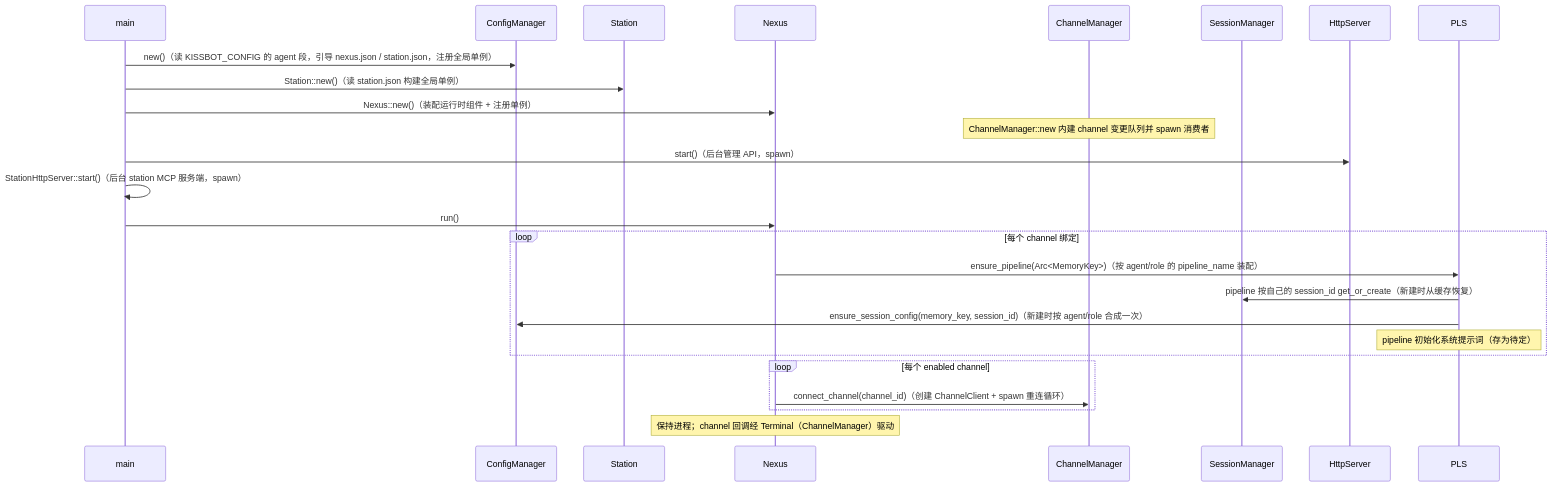
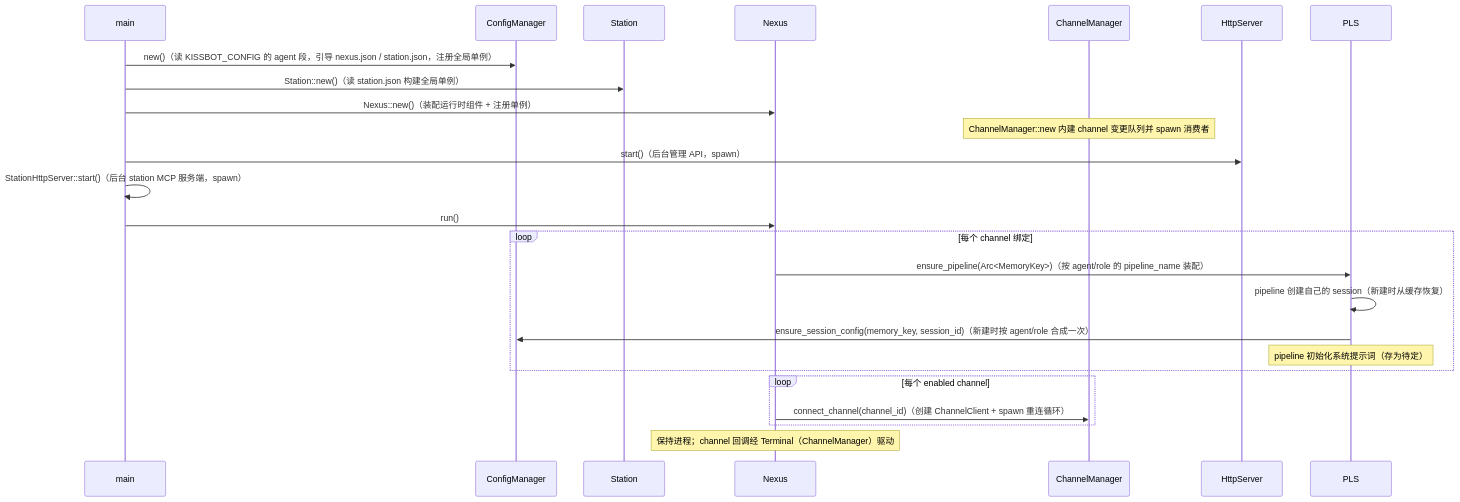
Before and after one commit to coldcloude/kissbot: the second of 5 diagrams in docs/spec/agent-modules.md, drawn with Mermaid. The commit also changed other lines of this file and 12 other files, not shown here.

````diff
--- a/docs/spec/agent-modules.md
+++ b/docs/spec/agent-modules.md
@@ -111,28 +108,27 @@
 ```mermaid
 sequenceDiagram
     participant main
     participant CFG as ConfigManager
     participant ST as Station
     participant CO as Nexus
     participant CHM as ChannelManager
-    participant SM as SessionManager
     participant HS as HttpServer
 
     main->>CFG: new()（读 KISSBOT_CONFIG 的 agent 段，引导 nexus.json / station.json，注册全局单例）
     main->>ST: Station::new()（读 station.json 构建全局单例）
     main->>CO: Nexus::new()（装配运行时组件 + 注册单例）
     Note over CHM: ChannelManager::new 内建 channel 变更队列并 spawn 消费者
     main->>HS: start()（后台管理 API，spawn）
     main->>main: StationHttpServer::start()（后台 station MCP 服务端，spawn）
     main->>CO: run()
     loop 每个 channel 绑定
         CO->>PLS: ensure_pipeline(Arc<MemoryKey>)（按 agent/role 的 pipeline_name 装配）
-        PLS->>SM: pipeline 按自己的 session_id get_or_create（新建时从缓存恢复）
+        PLS->>PLS: pipeline 创建自己的 session（新建时从缓存恢复）
         PLS->>CFG: ensure_session_config(memory_key, session_id)（新建时按 agent/role 合成一次）
         Note over PLS: pipeline 初始化系统提示词（存为待定）
     end
     loop 每个 enabled channel
         CO->>CHM: connect_channel(channel_id)（创建 ChannelClient + spawn 重连循环）
     end
     Note over CO: 保持进程；channel 回调经 Terminal（ChannelManager）驱动
 ```
````
